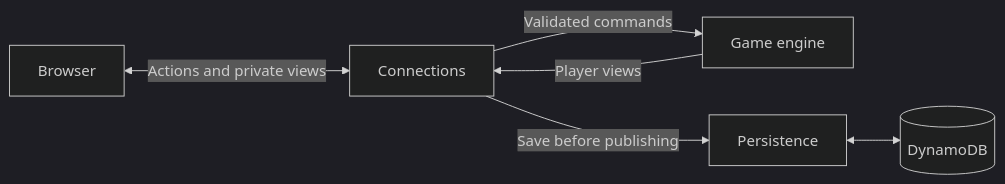
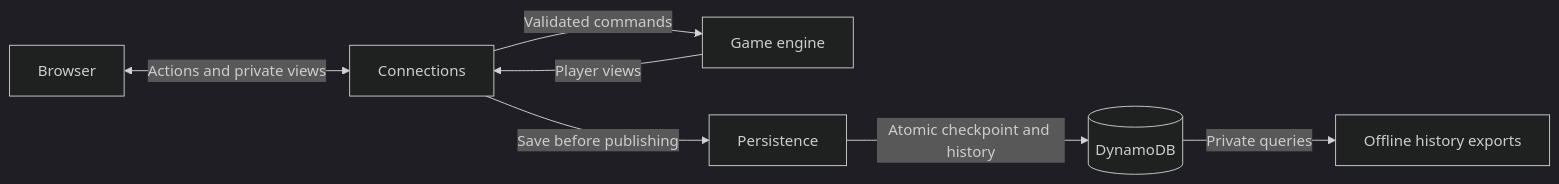
The diagram in docs/architecture.md (lawang24/headwins_poker), drawn with Mermaid (dark theme) before and after one commit. The commit also changed other lines of this file and 20 other files, not shown here.

````diff
--- a/docs/architecture.md
+++ b/docs/architecture.md
@@ -9,8 +9,9 @@
 ```mermaid
 flowchart LR
     Browser[Browser] <-->|Actions and private views| Connections[Connections]
     Connections -->|Validated commands| Game[Game engine]
     Game -->|Player views| Connections
     Connections -->|Save before publishing| Persistence[Persistence]
-    Persistence <--> Store[(DynamoDB)]
+    Persistence -->|Atomic checkpoint and history| Store[(DynamoDB)]
+    Store -->|Private queries| Export[Offline history exports]
 ```
````
